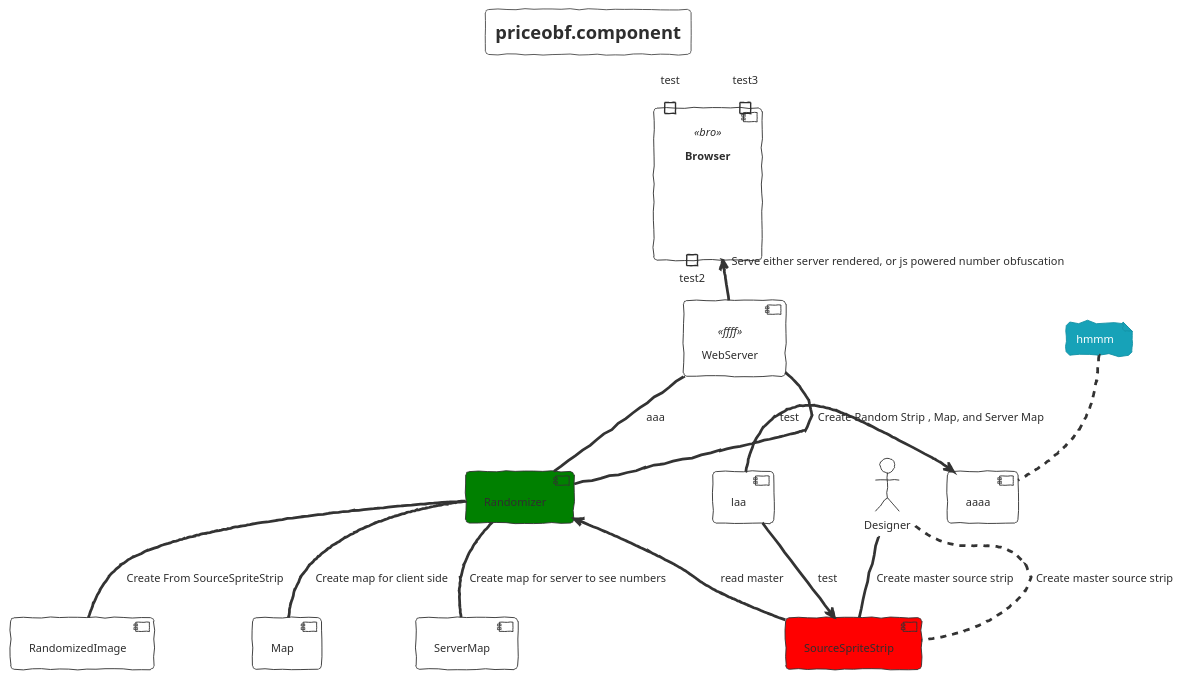
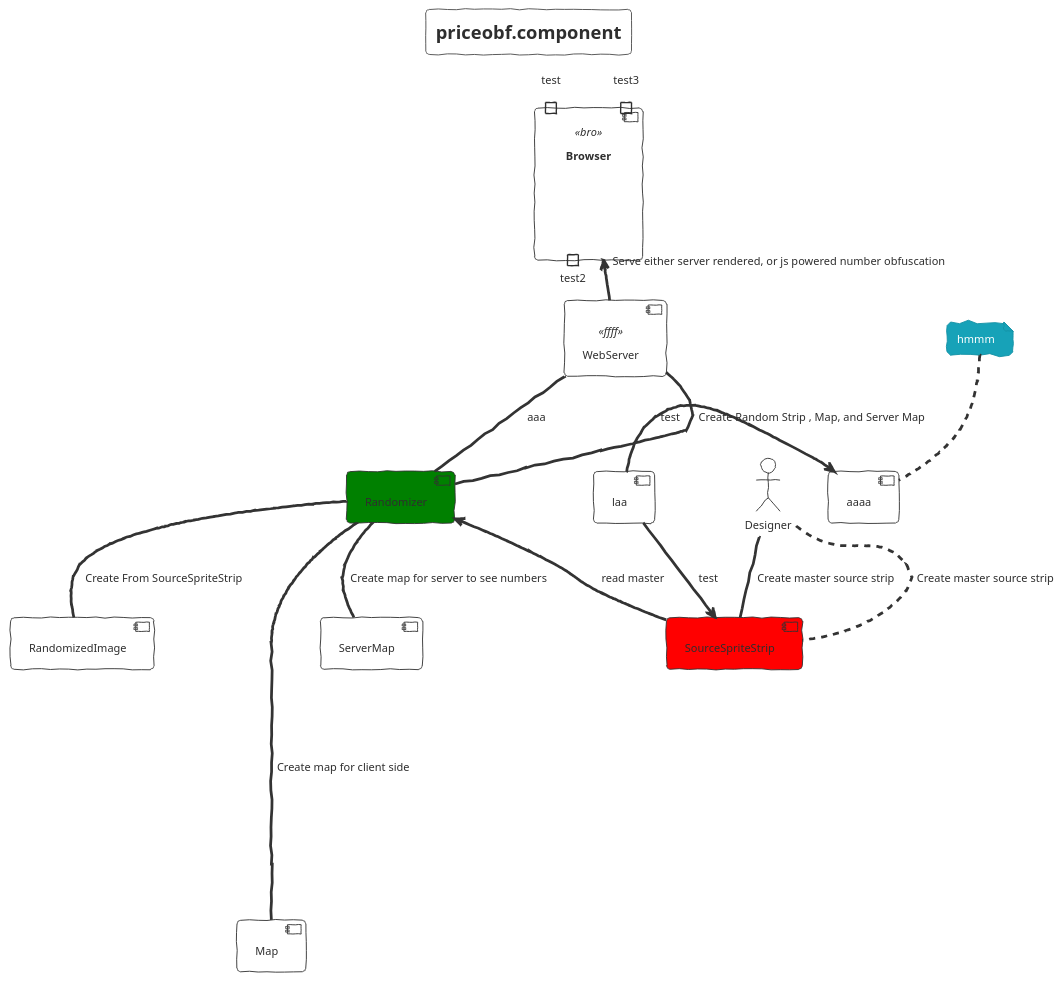
One commit to AnQueth/PlantUMLEditor changed the diagram in testdocs/priceobf.component.puml. Above: the diagram before and after it, drawn with PlantUML. The commit also changed 11 other files, not shown here.

```diff
--- a/testdocs/priceobf.component.puml
+++ b/testdocs/priceobf.component.puml
@@ -1,36 +1,36 @@
 @startuml
 
 title priceobf.component
 
 !theme sketchy-outline
 component SourceSpriteStrip #red
 component Randomizer #green
 component RandomizedImage
 component Map
 component ServerMap
 component WebServer as ws <<ffff>>
 component Browser <<bro>>   { 
     
       
     port test
     portout test2
     portin test3
 }
 
 actor Designer
 [laa] -> [aaaa] : test
 
 note top of [aaaa] : hmmm 
  
 [laa] --> SourceSpriteStrip : test
 Designer - SourceSpriteStrip : Create master source strip
 Designer .. SourceSpriteStrip : Create master source strip
 Randomizer <-- SourceSpriteStrip : read master
 ws -- Randomizer : aaa
 ws -- Randomizer : Create Random Strip , Map, and Server Map
 Randomizer -- RandomizedImage : Create From SourceSpriteStrip
-Randomizer -- Map : Create map for client side
+Randomizer ------ Map : Create map for client side
 Randomizer -- ServerMap : Create map for server to see numbers
 Browser <-- ws : Serve either server rendered, or js powered number obfuscation
 
 @enduml
```
